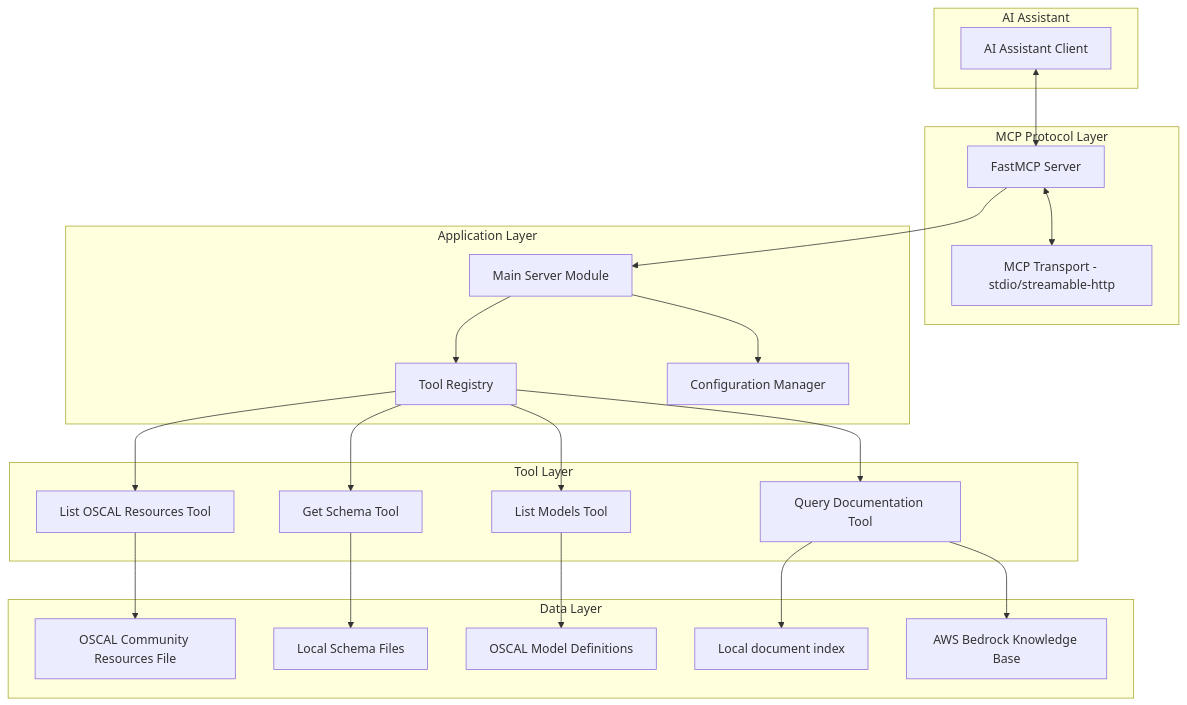
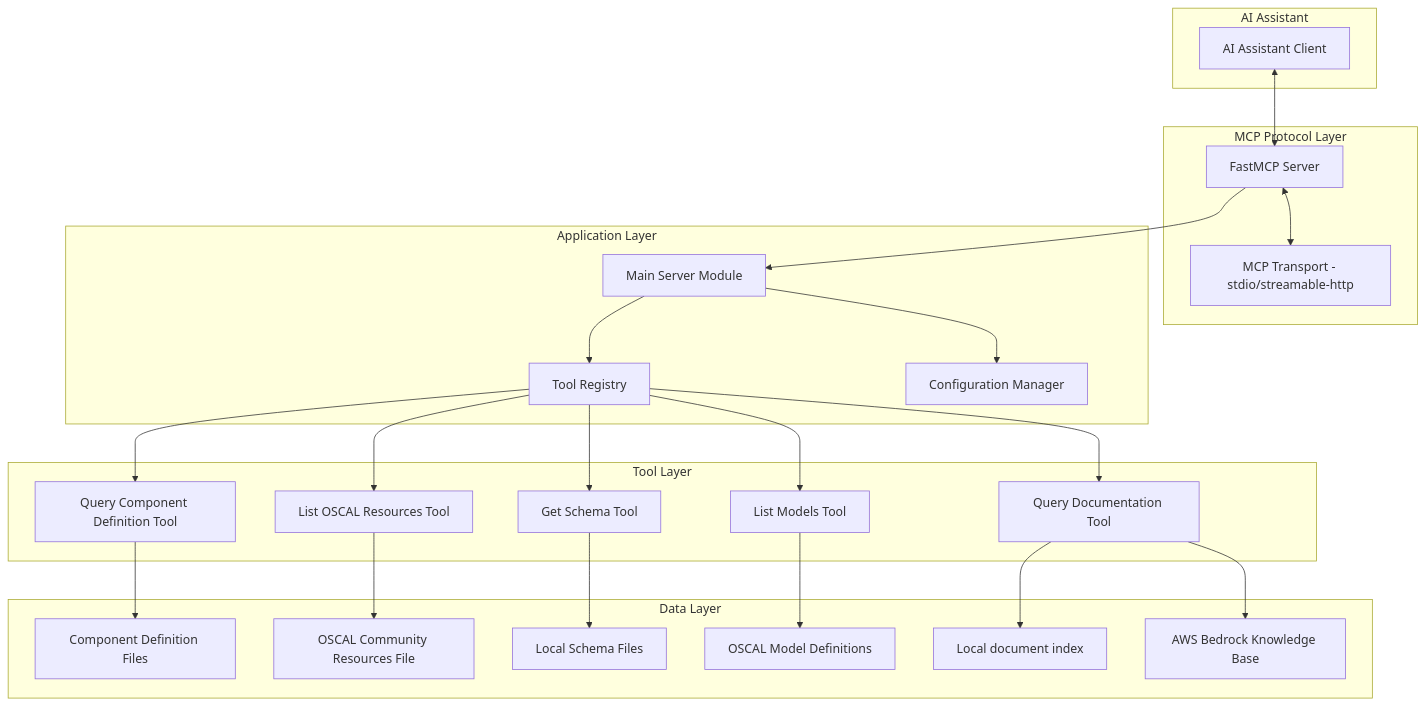
One commit to awslabs/mcp-server-for-oscal changed the diagram in .kiro/specs/oscal-mcp-server/design.md. Above: the diagram before and after it, drawn with Mermaid. The commit also changed other lines of this file and 23 other files, not shown here.

First line of the commit message:
feat:(#45) new mcp tools to query component definitions (#50)

````diff
--- a/.kiro/specs/oscal-mcp-server/design.md
+++ b/.kiro/specs/oscal-mcp-server/design.md
@@ -13,47 +13,51 @@
 ```mermaid
 graph TB
     subgraph "AI Assistant"
         A[AI Assistant Client]
     end
     
     subgraph "MCP Protocol Layer"
         B[FastMCP Server]
         C[MCP Transport - stdio/streamable-http]
     end
     
     subgraph "Application Layer"
         D[Main Server Module]
         E[Configuration Manager]
         F[Tool Registry]
     end
     
     subgraph "Tool Layer"
         G[Query Documentation Tool]
         H[List Models Tool]
         I[Get Schema Tool]
         J[List OSCAL Resources Tool]
+        K[Query Component Definition Tool]
     end
     
     subgraph "Data Layer"
-        K[AWS Bedrock Knowledge Base]
-        L[Local Schema Files]
-        M[OSCAL Model Definitions]
-        N[Local document index]
-        O[OSCAL Community Resources File]
+        L[AWS Bedrock Knowledge Base]
+        M[Local Schema Files]
+        N[OSCAL Model Definitions]
+        O[Local document index]
+        P[OSCAL Community Resources File]
+        Q[Component Definition Files]
     end
     
     A <--> B
     B <--> C
     B --> D
     D --> E
     D --> F
     F --> G
     F --> H
     F --> I
     F --> J
-    G --> K
-    G --> N
-    H --> M
-    I --> L
-    J --> O
+    F --> K
+    G --> L
+    G --> O
+    H --> N
+    I --> M
+    J --> P
+    K --> Q
 ```
````
